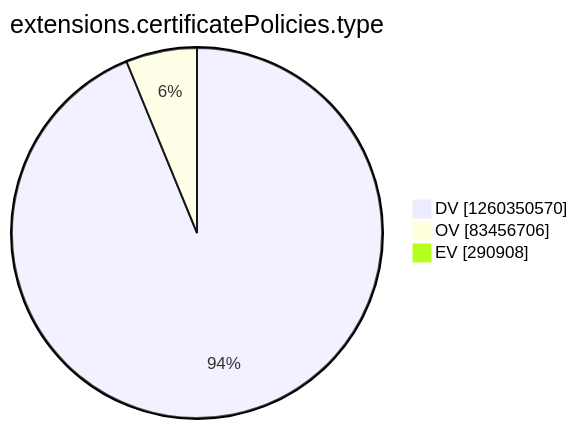
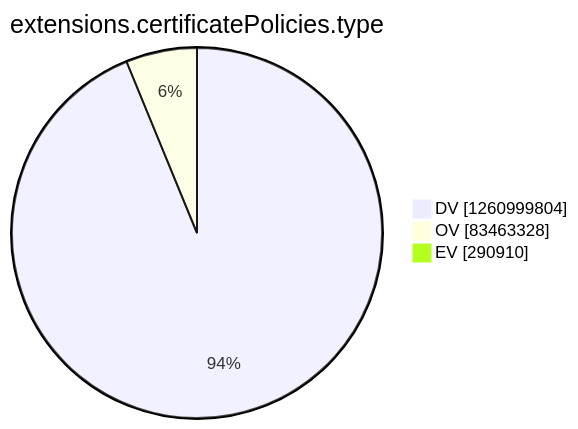
Before and after one commit to christiankrug/ctmonitor_visualization: the tenth of 15 diagrams in argon2022/README.md, drawn with Mermaid. The commit also changed other lines of this file, not shown here.

````diff
--- a/argon2022/README.md
+++ b/argon2022/README.md
@@ -2771,7 +2771,7 @@
 ```mermaid
 pie showData
 title extensions.certificatePolicies.type
-"DV" :1260350570
-"OV" :83456706
-"EV" :290908
+"DV" :1260999804
+"OV" :83463328
+"EV" :290910
 ```
````
